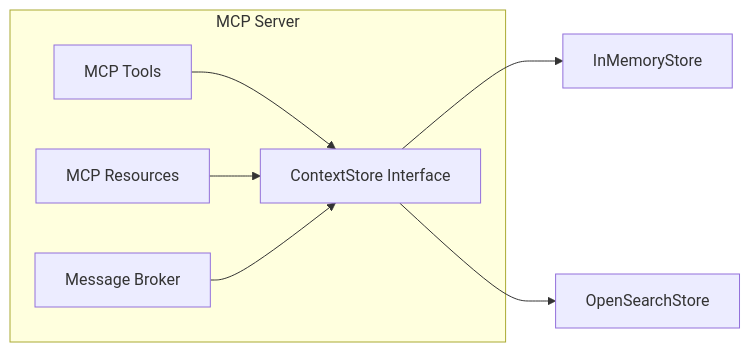
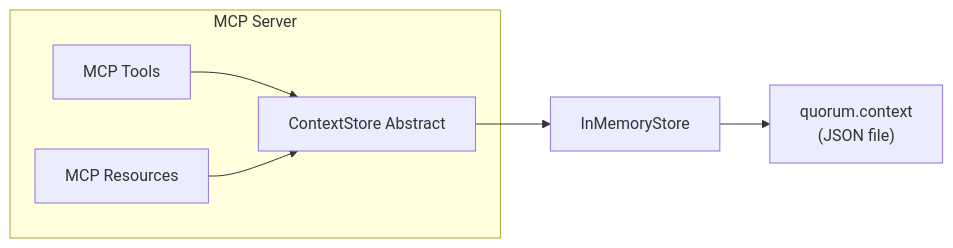
Before and after one commit to ia64mail/quorum: the diagram in docs/context-store.md, drawn with Mermaid. The commit also changed other lines of this file and 3 other files, not shown here.

````diff
--- a/docs/context-store.md
+++ b/docs/context-store.md
@@ -14,11 +15,10 @@
 ```mermaid
 graph LR
     subgraph "MCP Server"
-        TOOLS[MCP Tools] --> CS[ContextStore Interface]
+        TOOLS[MCP Tools] --> CS[ContextStore Abstract]
         RES[MCP Resources] --> CS
-        BROKER[Message Broker] --> CS
     end
 
     CS --> MEM[InMemoryStore]
-    CS --> OS[OpenSearchStore]
+    MEM --> FILE["quorum.context<br/>(JSON file)"]
 ```
````
